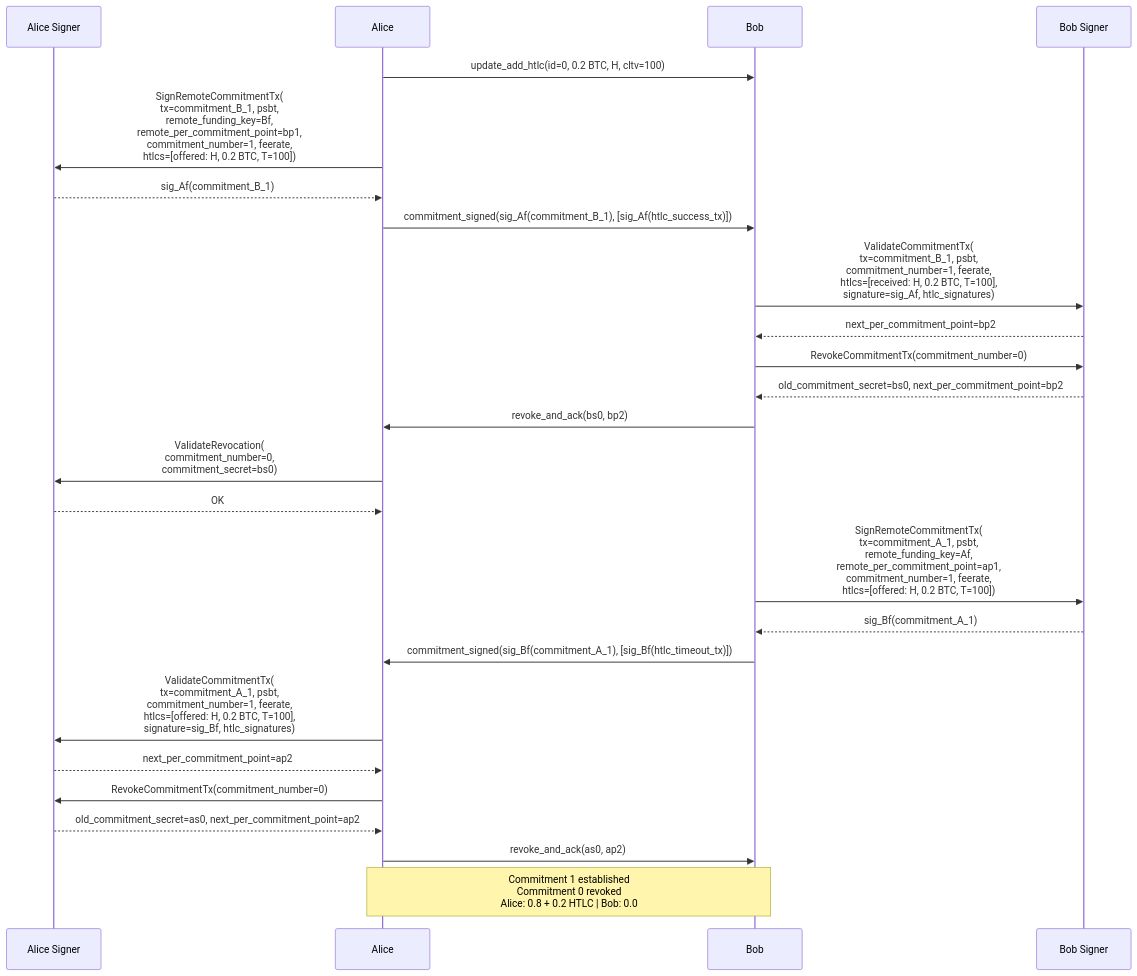
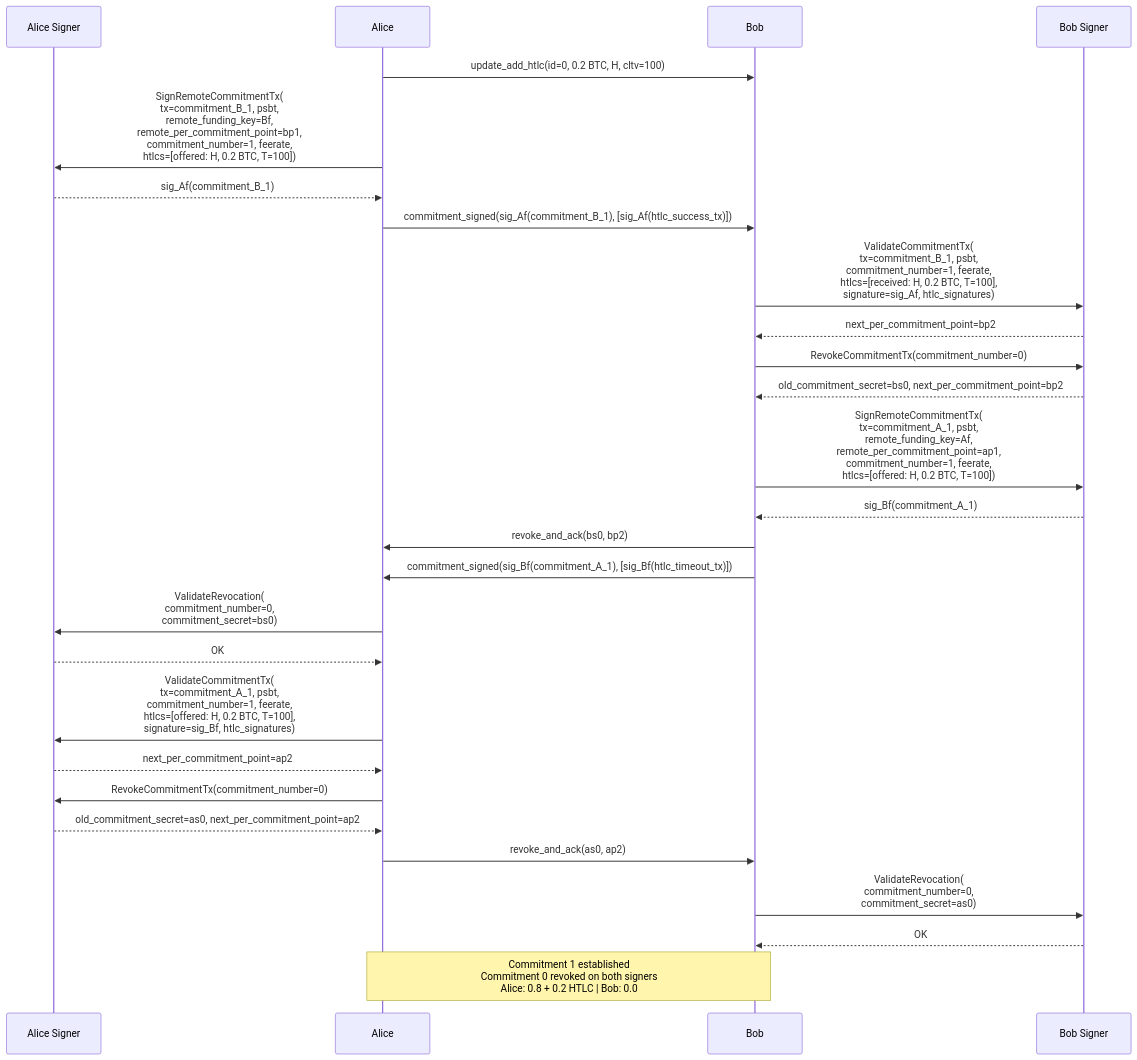
Before and after one commit to dukeh3/vls-arch: the second of 4 diagrams in current/01-alice-pays-bob.md, drawn with Mermaid. The commit also changed other lines of this file and 1 other file, not shown here.

First line of the commit message:
Fix current/ sequence ordering, add future/ A01 detailed segment

````diff
--- a/current/01-alice-pays-bob.md
+++ b/current/01-alice-pays-bob.md
@@ -197,40 +197,42 @@
 ```mermaid
 sequenceDiagram
     participant SignerA as Alice Signer
     participant Alice
     participant Bob
     participant SignerB as Bob Signer
 
     Alice->>Bob: update_add_htlc(id=0, 0.2 BTC, H, cltv=100)
 
     Alice->>SignerA: SignRemoteCommitmentTx(<br/>tx=commitment_B_1, psbt,<br/>remote_funding_key=Bf,<br/>remote_per_commitment_point=bp1,<br/>commitment_number=1, feerate,<br/>htlcs=[offered: H, 0.2 BTC, T=100])
     SignerA-->>Alice: sig_Af(commitment_B_1)
 
     Alice->>Bob: commitment_signed(sig_Af(commitment_B_1), [sig_Af(htlc_success_tx)])
 
     Bob->>SignerB: ValidateCommitmentTx(<br/>tx=commitment_B_1, psbt,<br/>commitment_number=1, feerate,<br/>htlcs=[received: H, 0.2 BTC, T=100],<br/>signature=sig_Af, htlc_signatures)
     SignerB-->>Bob: next_per_commitment_point=bp2
 
     Bob->>SignerB: RevokeCommitmentTx(commitment_number=0)
     SignerB-->>Bob: old_commitment_secret=bs0, next_per_commitment_point=bp2
 
+    Bob->>SignerB: SignRemoteCommitmentTx(<br/>tx=commitment_A_1, psbt,<br/>remote_funding_key=Af,<br/>remote_per_commitment_point=ap1,<br/>commitment_number=1, feerate,<br/>htlcs=[offered: H, 0.2 BTC, T=100])
+    SignerB-->>Bob: sig_Bf(commitment_A_1)
+
     Bob->>Alice: revoke_and_ack(bs0, bp2)
+    Bob->>Alice: commitment_signed(sig_Bf(commitment_A_1), [sig_Bf(htlc_timeout_tx)])
 
     Alice->>SignerA: ValidateRevocation(<br/>commitment_number=0,<br/>commitment_secret=bs0)
     SignerA-->>Alice: OK
-
-    Bob->>SignerB: SignRemoteCommitmentTx(<br/>tx=commitment_A_1, psbt,<br/>remote_funding_key=Af,<br/>remote_per_commitment_point=ap1,<br/>commitment_number=1, feerate,<br/>htlcs=[offered: H, 0.2 BTC, T=100])
-    SignerB-->>Bob: sig_Bf(commitment_A_1)
-
-    Bob->>Alice: commitment_signed(sig_Bf(commitment_A_1), [sig_Bf(htlc_timeout_tx)])
 
     Alice->>SignerA: ValidateCommitmentTx(<br/>tx=commitment_A_1, psbt,<br/>commitment_number=1, feerate,<br/>htlcs=[offered: H, 0.2 BTC, T=100],<br/>signature=sig_Bf, htlc_signatures)
     SignerA-->>Alice: next_per_commitment_point=ap2
 
     Alice->>SignerA: RevokeCommitmentTx(commitment_number=0)
     SignerA-->>Alice: old_commitment_secret=as0, next_per_commitment_point=ap2
 
     Alice->>Bob: revoke_and_ack(as0, ap2)
 
-    Note over Alice, Bob: Commitment 1 established<br/>Commitment 0 revoked<br/>Alice: 0.8 + 0.2 HTLC | Bob: 0.0
+    Bob->>SignerB: ValidateRevocation(<br/>commitment_number=0,<br/>commitment_secret=as0)
+    SignerB-->>Bob: OK
+
+    Note over Alice, Bob: Commitment 1 established<br/>Commitment 0 revoked on both signers<br/>Alice: 0.8 + 0.2 HTLC | Bob: 0.0
 ```
````
